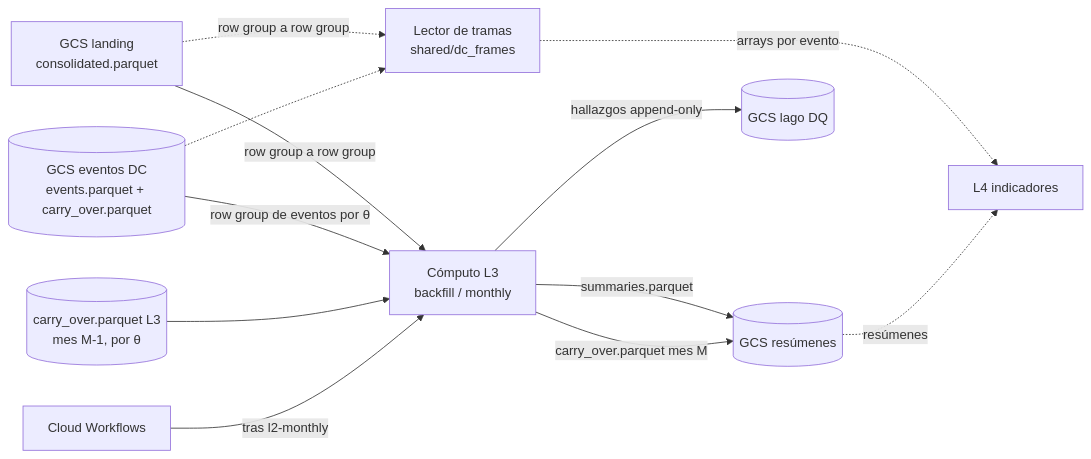
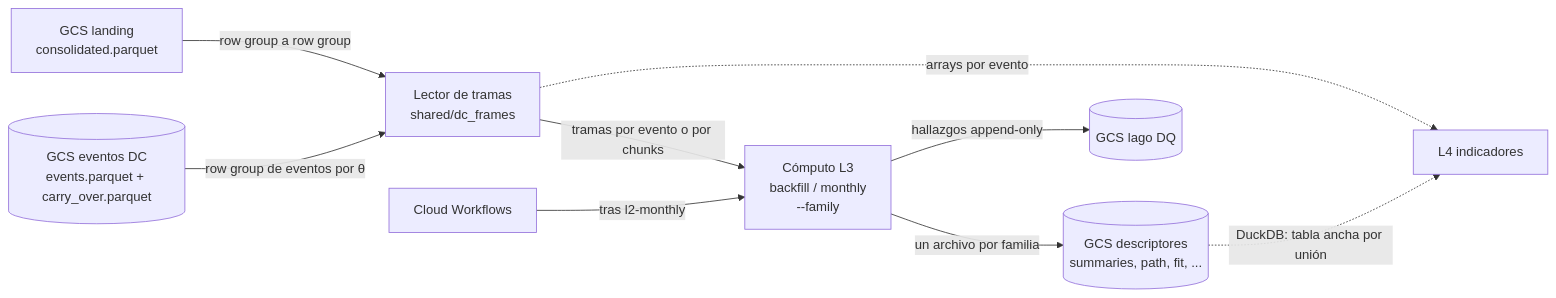
Before and after one commit to byroncz/intrinsica: the diagram in docs/TRD/l3.md, drawn with Mermaid. The commit also changed other lines of this file and 2 other files, not shown here.

````diff
--- a/docs/TRD/l3.md
+++ b/docs/TRD/l3.md
@@ -464,14 +550,11 @@
 ```mermaid
 flowchart LR
-    L1[GCS landing<br/>consolidated.parquet] -->|row group a row group| CMP[Cómputo L3<br/>backfill / monthly]
-    L2E[(GCS eventos DC<br/>events.parquet + carry_over.parquet)] -->|row group de eventos por θ| CMP
-    CO_IN[(carry_over.parquet L3<br/>mes M-1, por θ)] --> CMP
-    CMP -->|summaries.parquet| L3OUT[(GCS resúmenes)]
-    CMP -->|carry_over.parquet mes M| L3OUT
+    L1[GCS landing<br/>consolidated.parquet] -->|row group a row group| RDR[Lector de tramas<br/>shared/dc_frames]
+    L2E[(GCS eventos DC<br/>events.parquet + carry_over.parquet)] -->|row group de eventos por θ| RDR
+    RDR -->|tramas por evento o por chunks| CMP[Cómputo L3<br/>backfill / monthly<br/>--family]
+    CMP -->|un archivo por familia| L3OUT[(GCS descriptores<br/>summaries, path, fit, ...)]
     CMP -->|hallazgos append-only| DQ[(GCS lago DQ)]
     WF[Cloud Workflows] -->|tras l2-monthly| CMP
-    L1 -.->|row group a row group| RDR[Lector de tramas<br/>shared/dc_frames]
-    L2E -.-> RDR
     RDR -.->|arrays por evento| L4[L4 indicadores]
-    L3OUT -.->|resúmenes| L4
+    L3OUT -.->|DuckDB: tabla ancha por unión| L4
 ```
````
